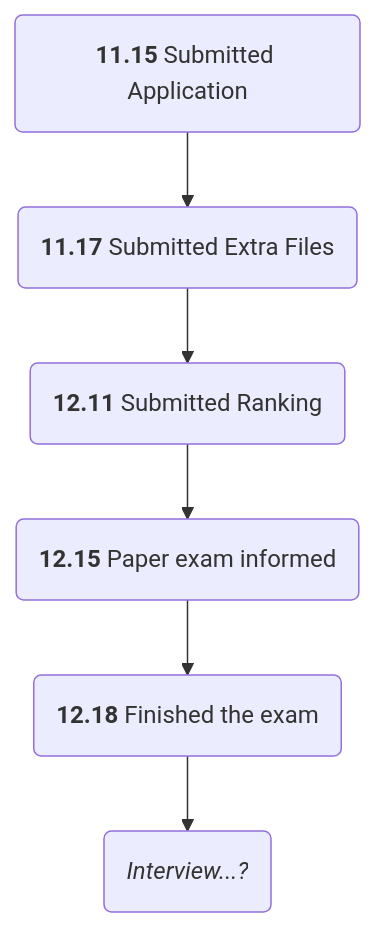
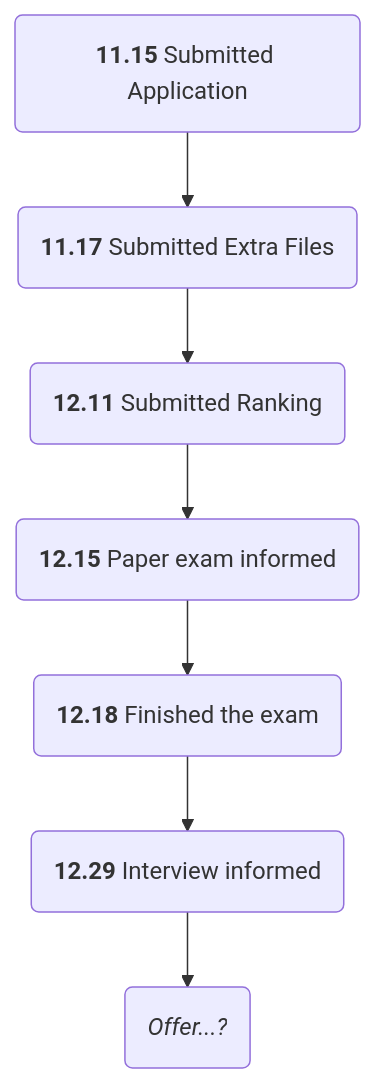
Before and after one commit to Revive-dontwanttocode/Revive-dontwanttocode.github.io: the ninth of 13 diagrams in _posts/2023-12-15-24Fall申请记录.md, drawn with Mermaid. The commit also changed other lines of this file and 1 other file, not shown here.

````diff
--- a/_posts/2023-12-15-24Fall申请记录.md
+++ b/_posts/2023-12-15-24Fall申请记录.md
@@ -219,10 +189,11 @@
 ```mermaid
 flowchart
     Stage1("`**11.15** Submitted Application`")
     SubmitExtraFiles("`**11.17** Submitted Extra Files`")
     SubmitRank("`**12.11** Submitted Ranking`")
     ExamNotice("`**12.15** Paper exam informed`")
     Exam("`**12.18** Finished the exam`")
-    Stage2("`*Interview...?*`")
-    Stage1 --> SubmitExtraFiles --> SubmitRank --> ExamNotice --> Exam --> Stage2
+    InterviewNotice("`**12.29** Interview informed`")
+    Stage2("`*Offer...?*`")
+    Stage1 --> SubmitExtraFiles --> SubmitRank --> ExamNotice --> Exam --> InterviewNotice --> Stage2
 ```
````
